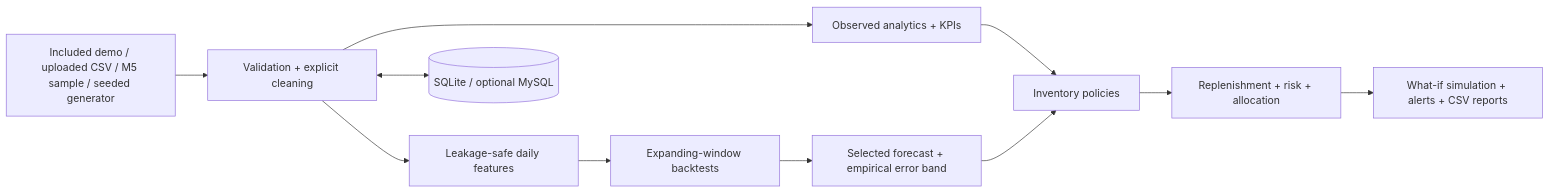
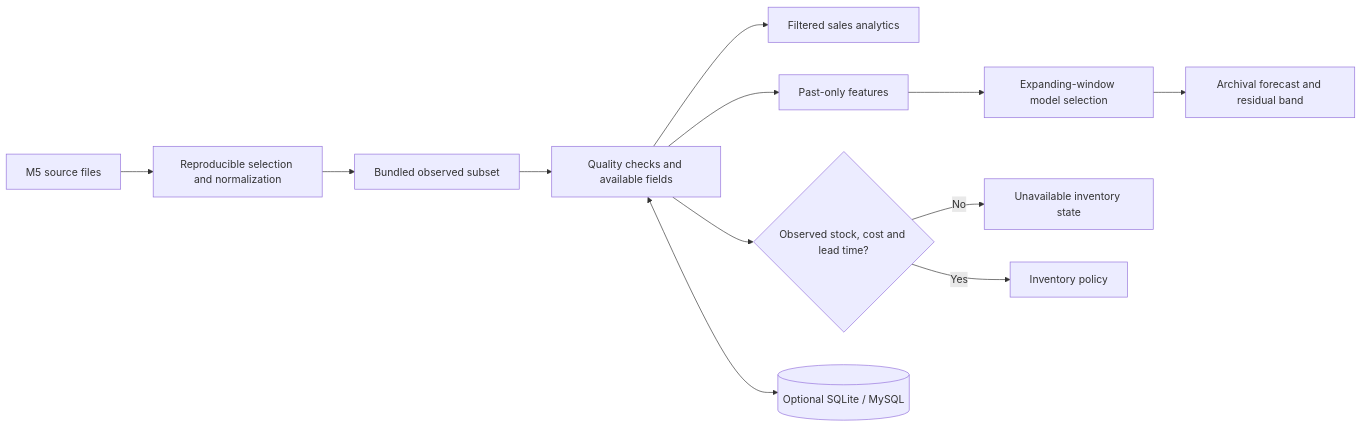
The diagram in docs/architecture.md (9059Rohith/RetailMindAI), drawn with Mermaid before and after one commit. The commit also changed other lines of this file and 100 other files, not shown here.

````diff
--- a/docs/architecture.md
+++ b/docs/architecture.md
@@ -5,13 +3,14 @@
 ```mermaid
 flowchart LR
-  A[Included demo / uploaded CSV / M5 sample / seeded generator] --> B[Validation + explicit cleaning]
-  B --> C[Observed analytics + KPIs]
-  B --> D[Leakage-safe daily features]
-  D --> E[Expanding-window backtests]
-  E --> F[Selected forecast + empirical error band]
-  C --> G[Inventory policies]
-  F --> G
-  G --> H[Replenishment + risk + allocation]
-  H --> I[What-if simulation + alerts + CSV reports]
-  B <--> J[(SQLite / optional MySQL)]
+  A[M5 source files] --> B[Reproducible selection and normalization]
+  B --> C[Bundled observed subset]
+  C --> D[Quality checks and available fields]
+  D --> E[Filtered sales analytics]
+  D --> F[Past-only features]
+  F --> G[Expanding-window model selection]
+  G --> H[Archival forecast and residual band]
+  D --> I{Observed stock, cost and lead time?}
+  I -- No --> J[Unavailable inventory state]
+  I -- Yes --> K[Inventory policy]
+  D <--> L[(Optional SQLite / MySQL)]
 ```
````
